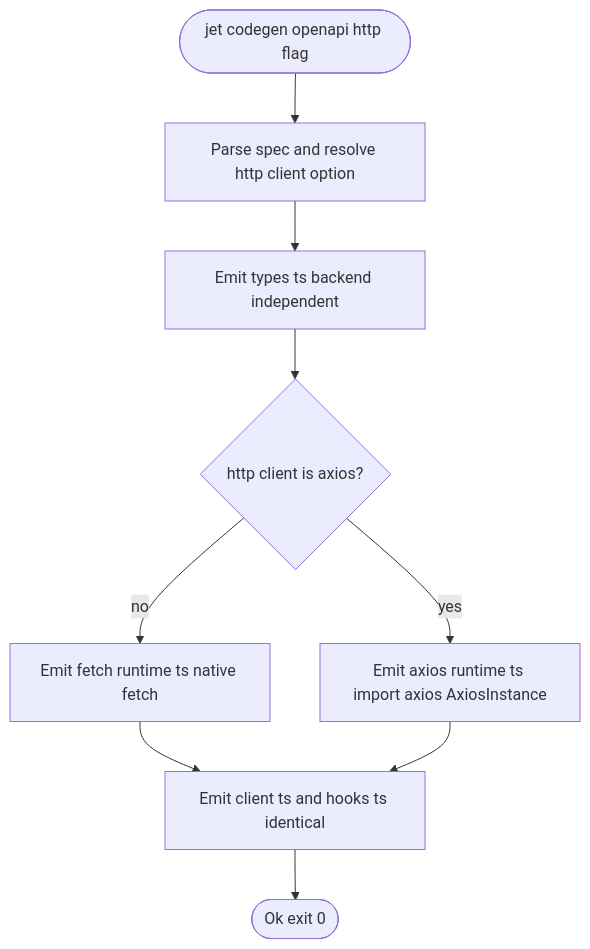
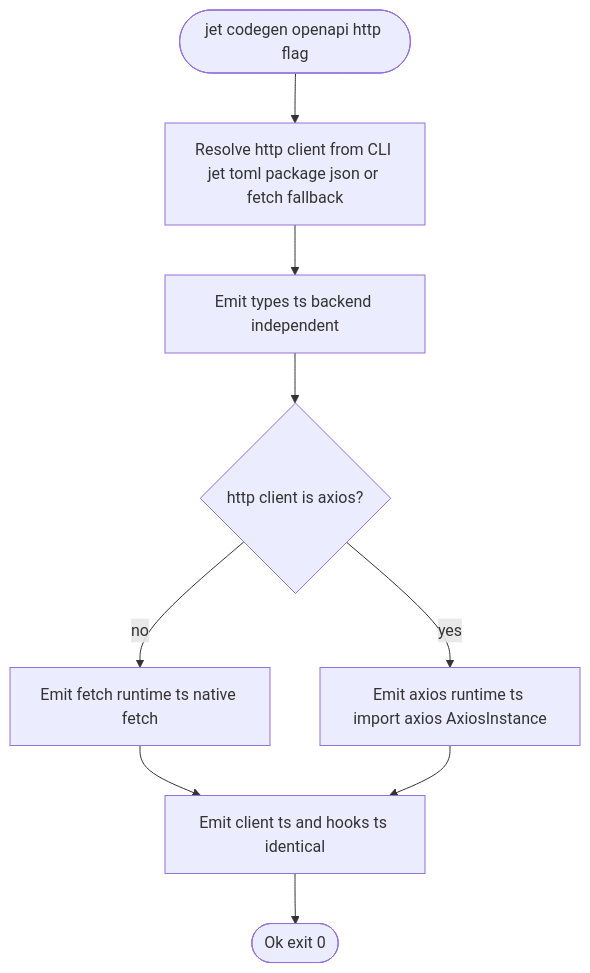
Before and after one commit to chrischeng-c4/axiom: the first of 2 diagrams in .aw/tech-design/projects/jet/interfaces/cli/select-http-client-backend-fetch-axios-for-openapi-codegen.md, drawn with Mermaid. The commit also changed other lines of this file and 115 other files, not shown here.

First line of the commit message:
feat(jet): add stack-aware codegen and readiness gates

````diff
--- a/.aw/tech-design/projects/jet/interfaces/cli/select-http-client-backend-fetch-axios-for-openapi-codegen.md
+++ b/.aw/tech-design/projects/jet/interfaces/cli/select-http-client-backend-fetch-axios-for-openapi-codegen.md
@@ -19,33 +19,33 @@
 ```mermaid
 ---
 id: jet-codegen-openapi-http-client-logic
 entry: start
 nodes:
-  start: { kind: start, label: "jet codegen openapi --http <fetch|axios> (default fetch)" }
-  parse: { kind: process, label: "Parse spec and resolve http_client option" }
+  start: { kind: start, label: "jet codegen openapi --http <fetch|axios>" }
+  parse: { kind: process, label: "Resolve http_client from --http, jet.toml [codegen.openapi].http, package.json axios, else fetch" }
   emit_types: { kind: process, label: "Emit types.ts (backend independent)" }
   http_dec: { kind: decision, label: "http_client == axios?" }
   fetch_rt: { kind: process, label: "Emit fetch runtime.ts (native fetch)" }
   axios_rt: { kind: process, label: "Emit axios runtime.ts (import axios, AxiosInstance)" }
   emit_rest: { kind: process, label: "Emit client.ts and hooks.ts (identical for both backends)" }
   done: { kind: terminal, label: "Ok (exit 0)" }
 edges:
   - { from: start, to: parse }
   - { from: parse, to: emit_types }
   - { from: emit_types, to: http_dec }
   - { from: http_dec, to: axios_rt, label: "yes" }
   - { from: http_dec, to: fetch_rt, label: "no" }
   - { from: fetch_rt, to: emit_rest }
   - { from: axios_rt, to: emit_rest }
   - { from: emit_rest, to: done }
 ---
 flowchart TD
-    start([jet codegen openapi http flag]) --> parse[Parse spec and resolve http client option]
+    start([jet codegen openapi http flag]) --> parse[Resolve http client from CLI jet toml package json or fetch fallback]
     parse --> emit_types[Emit types ts backend independent]
     emit_types --> http_dec{http client is axios?}
     http_dec -->|yes| axios_rt[Emit axios runtime ts import axios AxiosInstance]
     http_dec -->|no| fetch_rt[Emit fetch runtime ts native fetch]
     fetch_rt --> emit_rest[Emit client ts and hooks ts identical]
     axios_rt --> emit_rest
     emit_rest --> done([Ok exit 0])
 ```
````
